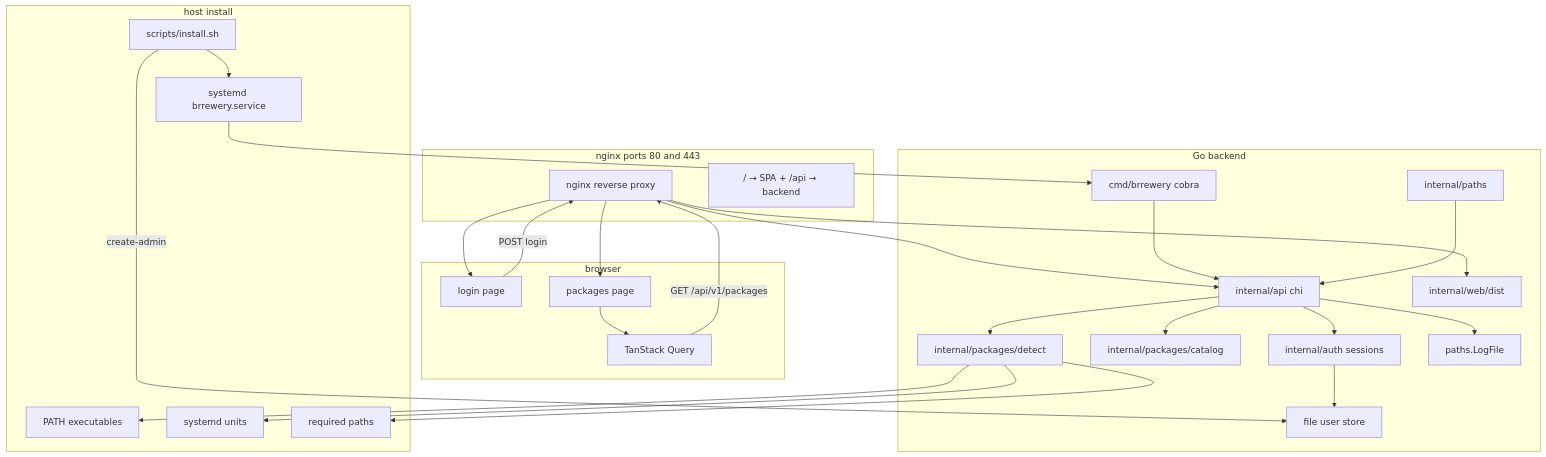
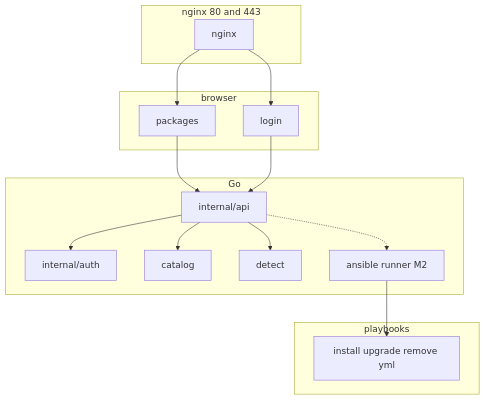
The diagram in brrewery.plan.md (martylukyy/brrewery), drawn with Mermaid before and after one commit. The commit also changed other lines of this file and 170 other files, not shown here.

````diff
--- a/brrewery.plan.md
+++ b/brrewery.plan.md
@@ -95,54 +63,29 @@
 ```mermaid
 flowchart TB
-  subgraph edge [nginx ports 80 and 443]
-    Nginx[nginx reverse proxy]
-    StaticOrProxy["/ → SPA + /api → backend"]
+  subgraph edge [nginx 80 and 443]
+    Nginx[nginx]
   end
-
   subgraph client [browser]
-    LoginPage[login page]
-    PackagesPage[packages page]
-    TanStackQuery[TanStack Query]
+    Login[login]
+    Packages[packages]
   end
-
-  subgraph server [Go backend]
-    CLI[cmd/brrewery cobra]
-    API[internal/api chi]
-    Auth[internal/auth sessions]
-    UserStore[file user store]
-    Catalog[internal/packages/catalog]
-    Detect[internal/packages/detect]
-    FixedPaths[internal/paths]
-    LogFile[paths.LogFile]
-    WebEmbed[internal/web/dist]
+  subgraph server [Go]
+    API[internal/api]
+    Auth[internal/auth]
+    Catalog[catalog]
+    Detect[detect]
+    Runner[ansible runner M2]
   end
-
-  subgraph host [host install]
-    InstallScript[scripts/install.sh]
-    SystemdUnit[systemd brrewery.service]
-    Binaries[PATH executables]
-    SystemdUnits[systemd units]
-    Paths[required paths]
+  subgraph ansible [playbooks]
+    PB[install upgrade remove yml]
   end
-
-  InstallScript -->|create-admin| UserStore
-  InstallScript --> SystemdUnit
-  SystemdUnit --> CLI
-  Nginx --> LoginPage
-  LoginPage -->|POST login| Nginx
-  PackagesPage --> TanStackQuery
-  Nginx --> PackagesPage
-  TanStackQuery -->|GET /api/v1/packages| Nginx
-  Nginx --> API
-  CLI --> API
+  Nginx --> Login
+  Nginx --> Packages
+  Packages --> API
+  Login --> API
   API --> Auth
-  Auth --> UserStore
   API --> Catalog
   API --> Detect
-  Detect --> Binaries
-  Detect --> SystemdUnits
-  Detect --> Paths
-  FixedPaths --> API
-  API --> LogFile
-  Nginx --> WebEmbed
+  API -.-> Runner
+  Runner --> PB
 ```
````
